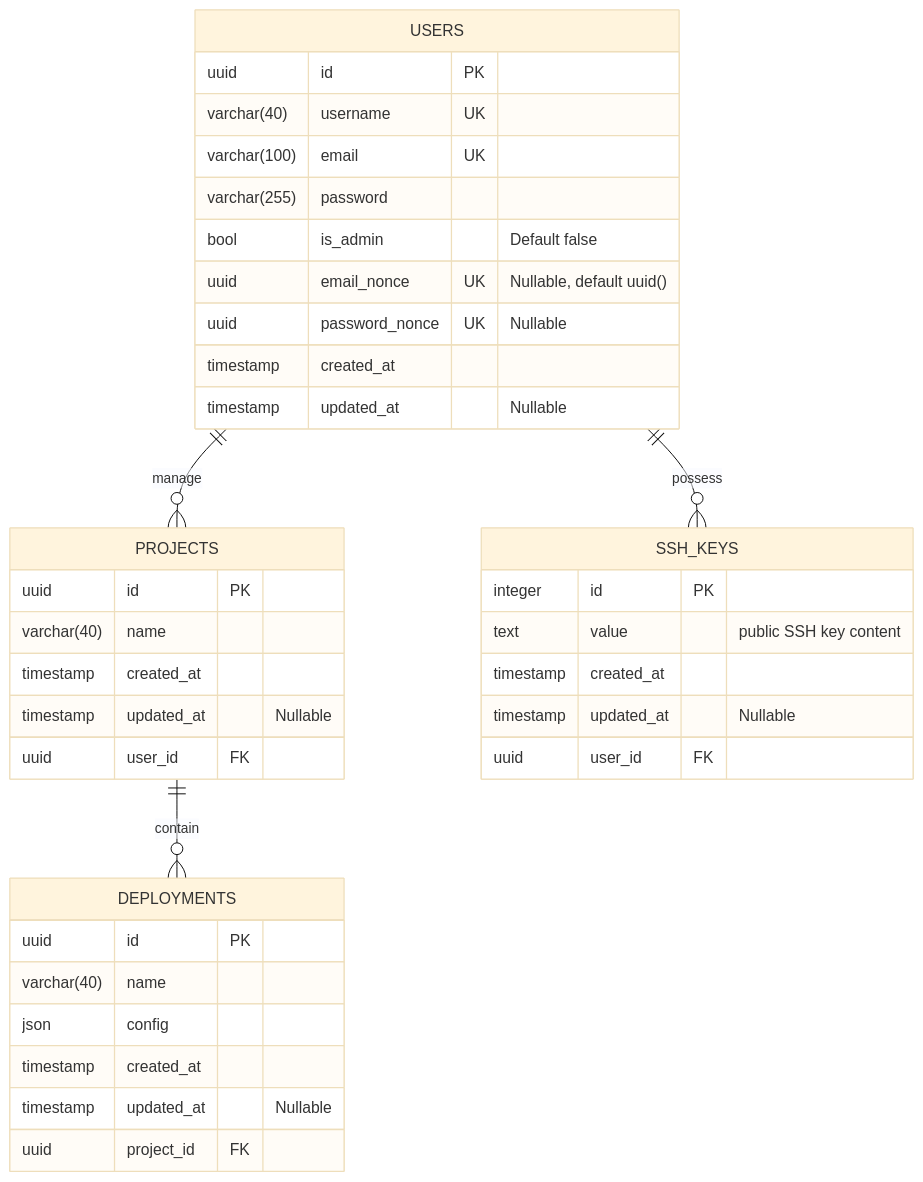
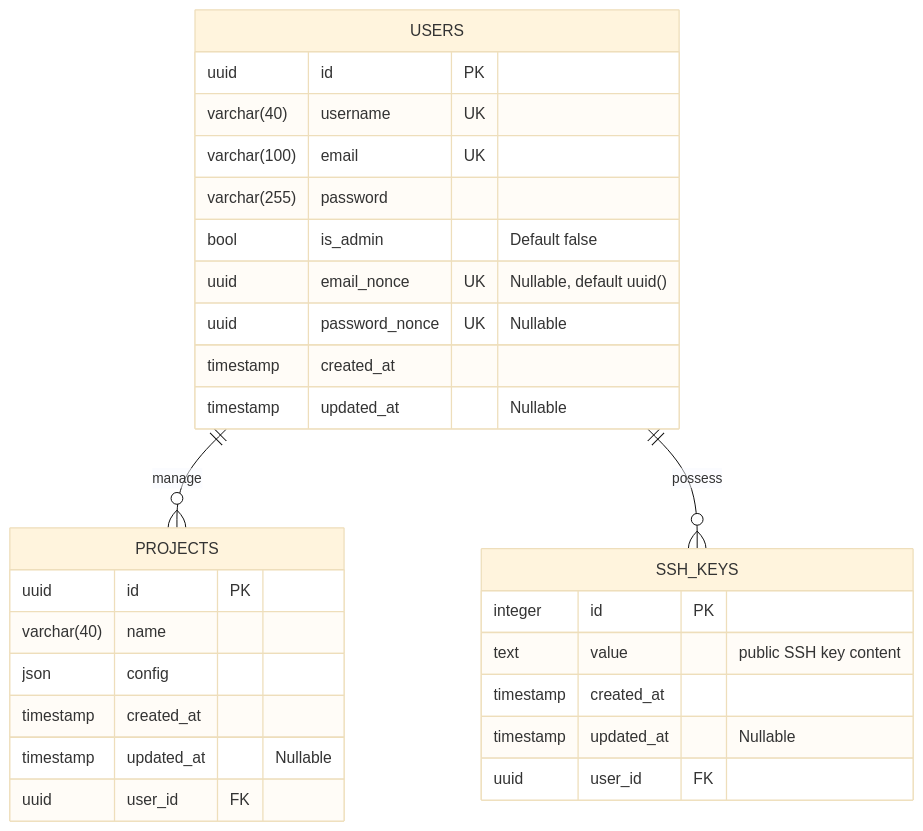
Before and after one commit to paastech-cloud/docs: the first of 2 diagrams in Architecture.md, drawn with Mermaid (base theme).

Commit message:
fix(arch.db): refactor diagram to reflect final db

````diff
--- a/Architecture.md
+++ b/Architecture.md
@@ -88,40 +88,32 @@
 ```mermaid
 erDiagram
-    USERS ||--o{ PROJECTS : manage
-    USERS ||--o{ SSH_KEYS : possess
-    PROJECTS ||--o{ DEPLOYMENTS : contain
-
     USERS {
         uuid id PK
         varchar(40) username UK
         varchar(100) email UK
         varchar(255) password
         bool is_admin "Default false"
         uuid email_nonce UK "Nullable, default uuid()"
         uuid password_nonce UK "Nullable"
         timestamp created_at
         timestamp updated_at "Nullable"
     }
     SSH_KEYS {
         integer id PK
         text value "public SSH key content"
         timestamp created_at
         timestamp updated_at "Nullable"
         uuid user_id FK
     }
     PROJECTS {
         uuid id PK
         varchar(40) name
+        json config
         timestamp created_at
         timestamp updated_at "Nullable"
         uuid user_id FK
     }
-    DEPLOYMENTS {
-        uuid id PK
-        varchar(40) name
-        json config
-        timestamp created_at
-        timestamp updated_at "Nullable"
-        uuid project_id FK
-    }
+
+    USERS ||--o{ PROJECTS : manage
+    USERS ||--o{ SSH_KEYS : possess
 ```
````
